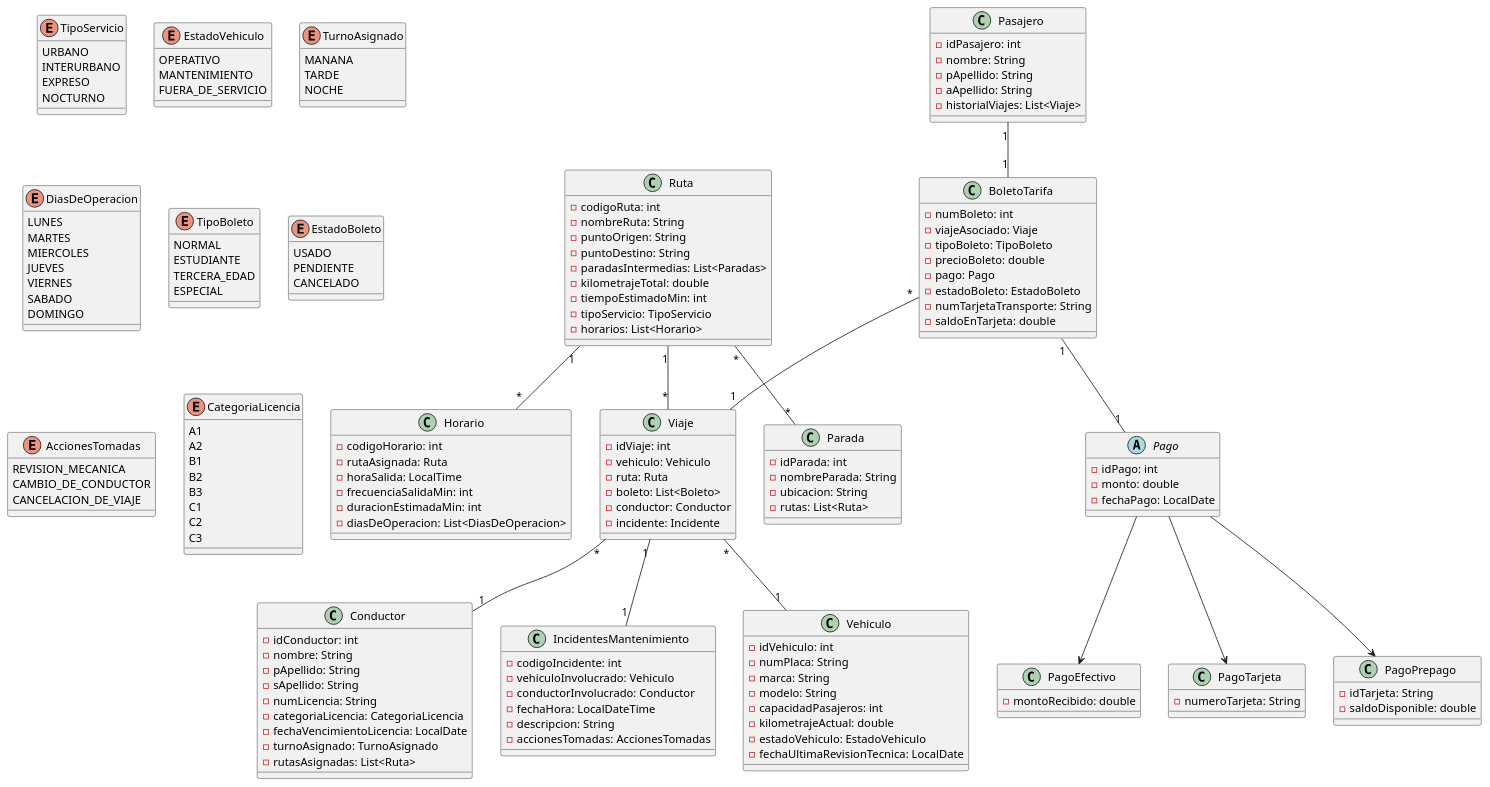
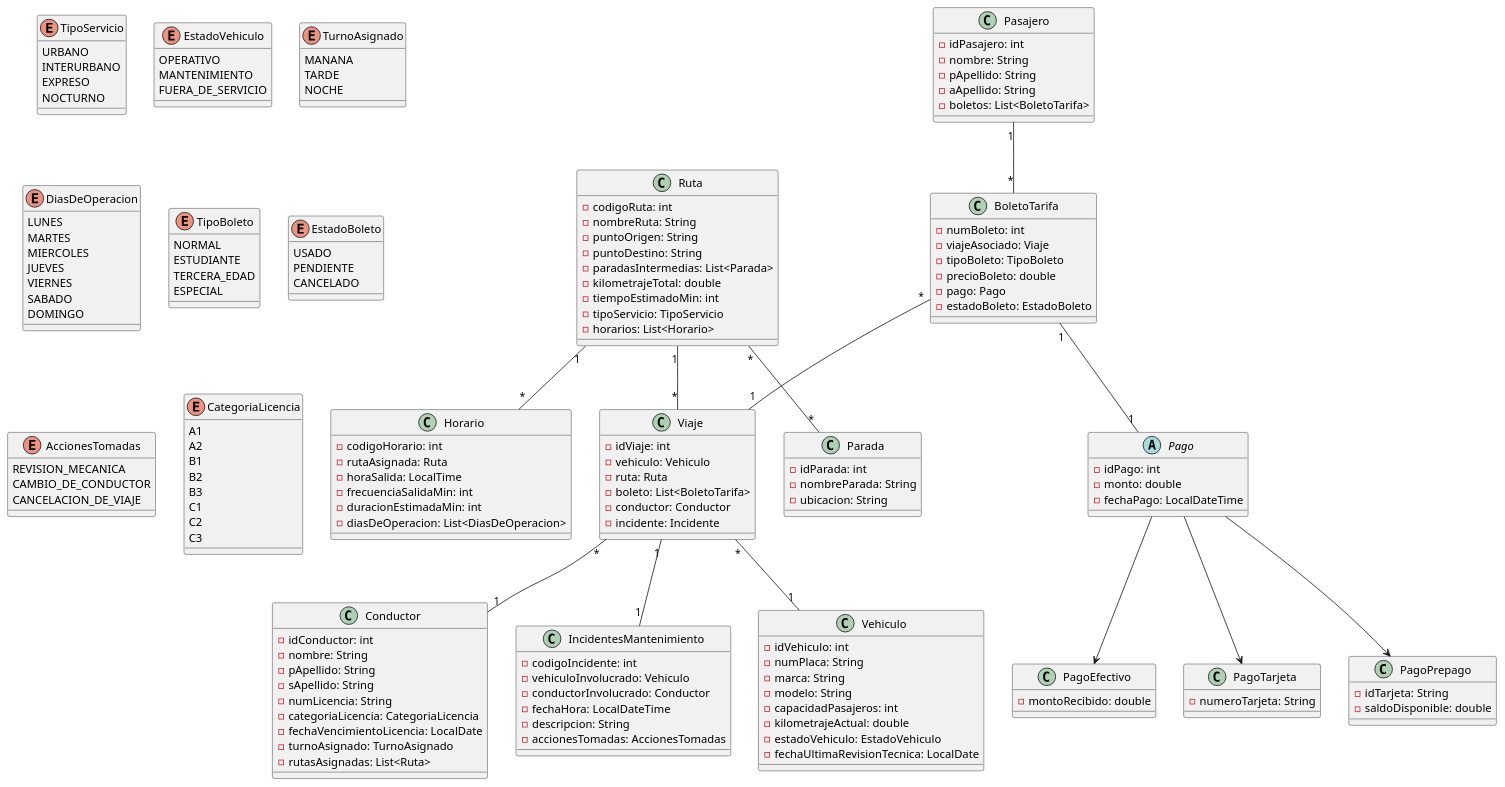
The diagram in src/documentacion/diagramaDeClases.puml (Ivan-Puerta/GestionDeTransportePublico), drawn with PlantUML before and after one commit.

Commit message:
mejora en el diagrama de clases

```diff
--- a/src/documentacion/diagramaDeClases.puml
+++ b/src/documentacion/diagramaDeClases.puml
@@ -1,184 +1,181 @@
 @startuml
 class Ruta{
     - codigoRuta: int
     - nombreRuta: String
     - puntoOrigen: String
     - puntoDestino: String
-    - paradasIntermedias: List<Paradas>
+    - paradasIntermedias: List<Parada>
     - kilometrajeTotal: double
     - tiempoEstimadoMin: int
     - tipoServicio: TipoServicio
     - horarios: List<Horario>
 }
 
 class Conductor{
     - idConductor: int
     - nombre: String
     - pApellido: String
     - sApellido: String
     - numLicencia: String
     - categoriaLicencia: CategoriaLicencia
     - fechaVencimientoLicencia: LocalDate
     - turnoAsignado: TurnoAsignado
     - rutasAsignadas: List<Ruta>
 }
 
 class Horario{
     - codigoHorario: int
     - rutaAsignada: Ruta
     - horaSalida: LocalTime
     - frecuenciaSalidaMin: int
     - duracionEstimadaMin: int
     - diasDeOperacion: List<DiasDeOperacion>
 }
 
 class BoletoTarifa{
     - numBoleto: int
     - viajeAsociado: Viaje
     - tipoBoleto: TipoBoleto
     - precioBoleto: double
     - pago: Pago
     - estadoBoleto: EstadoBoleto
-    - numTarjetaTransporte: String
-    - saldoEnTarjeta: double
 }
 
 class Pasajero{
     - idPasajero: int
     - nombre: String
     - pApellido: String
     - aApellido: String
-    - historialViajes: List<Viaje>
+    - boletos: List<BoletoTarifa>
 }
 
 class IncidentesMantenimiento{
     - codigoIncidente: int
     - vehiculoInvolucrado: Vehiculo
     - conductorInvolucrado: Conductor
     - fechaHora: LocalDateTime
     - descripcion: String
     - accionesTomadas: AccionesTomadas
 }
 
 class Vehiculo{
     - idVehiculo: int
     - numPlaca: String
     - marca: String
     - modelo: String
     - capacidadPasajeros: int
     - kilometrajeActual: double
     - estadoVehiculo: EstadoVehiculo
     - fechaUltimaRevisionTecnica: LocalDate
 }
 
 class Viaje {
     - idViaje: int
     - vehiculo: Vehiculo
     - ruta: Ruta
-    - boleto: List<Boleto>
+    - boleto: List<BoletoTarifa>
     - conductor: Conductor
     - incidente: Incidente
 }
 
 class Parada {
     - idParada: int
     - nombreParada: String
     - ubicacion: String
-    - rutas: List<Ruta>
 
 }
 
 abstract class Pago {
     - idPago: int
     - monto: double
-    - fechaPago: LocalDate
+    - fechaPago: LocalDateTime
 }
 
 class PagoEfectivo {
     - montoRecibido: double
 }
 
 class PagoTarjeta {
     - numeroTarjeta: String
 }
 
 class PagoPrepago {
     - idTarjeta: String
     - saldoDisponible: double
 }
 
 enum TipoServicio{
     URBANO
     INTERURBANO
     EXPRESO
     NOCTURNO
 }
 
 enum EstadoVehiculo{
     OPERATIVO
     MANTENIMIENTO
     FUERA_DE_SERVICIO
 }
 
 enum TurnoAsignado{
     MANANA
     TARDE
     NOCHE
 }
 
 enum DiasDeOperacion{
     LUNES
     MARTES
     MIERCOLES
     JUEVES
     VIERNES
     SABADO
     DOMINGO
 }
 
 enum TipoBoleto{
     NORMAL
     ESTUDIANTE
     TERCERA_EDAD
     ESPECIAL
 }
 
 
 enum EstadoBoleto{
     USADO
     PENDIENTE
     CANCELADO
 }
 
 enum AccionesTomadas{
     REVISION_MECANICA
     CAMBIO_DE_CONDUCTOR
     CANCELACION_DE_VIAJE
 }
 
 enum CategoriaLicencia{
     A1
     A2
     B1
     B2
     B3
     C1
     C2
     C3
 }
 
 Ruta "1" -- "*" Viaje
 Ruta "*" -- "*" Parada
 Ruta "1" -- "*" Horario
 Viaje "*" -- "1" Vehiculo
 Viaje "1" -- "1" IncidentesMantenimiento
 Viaje "*" -- "1" Conductor
 BoletoTarifa "*" -- "1" Viaje
-Pasajero "1" -- "1" BoletoTarifa
+Pasajero "1" -- "*" BoletoTarifa
 BoletoTarifa "1" -- "1" Pago
 Pago  --> PagoEfectivo
 Pago  --> PagoTarjeta
 Pago  --> PagoPrepago
 
 
 @enduml
```
